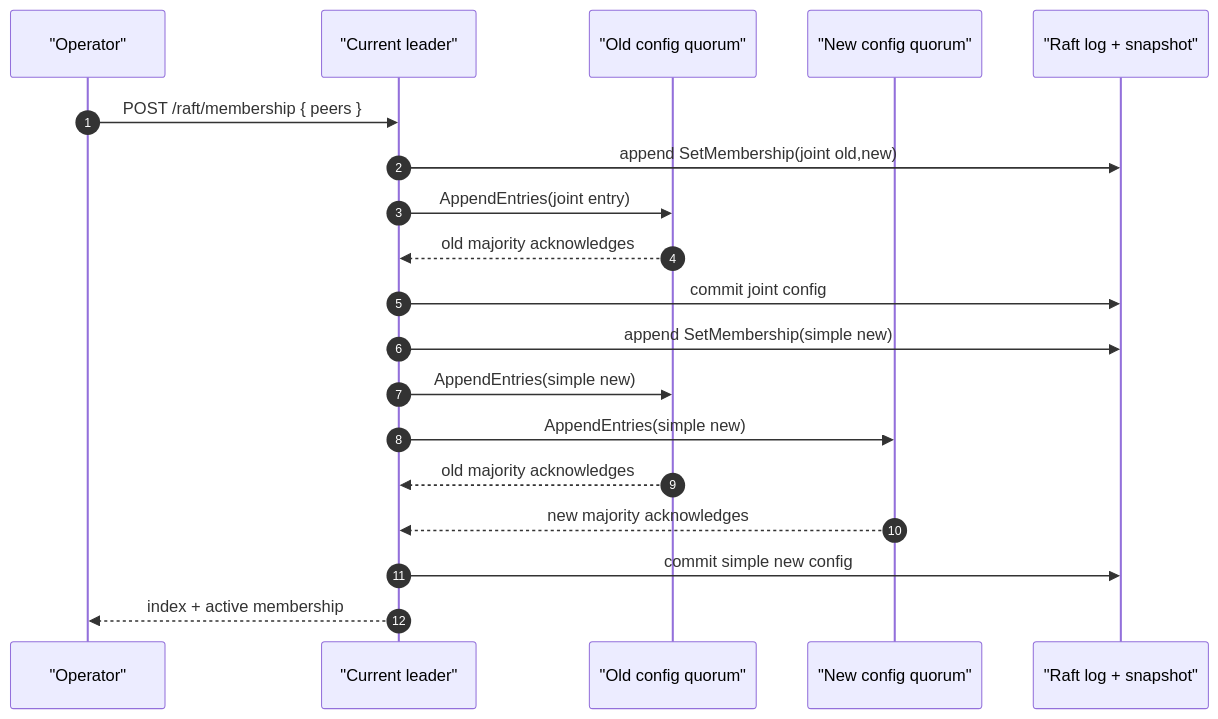
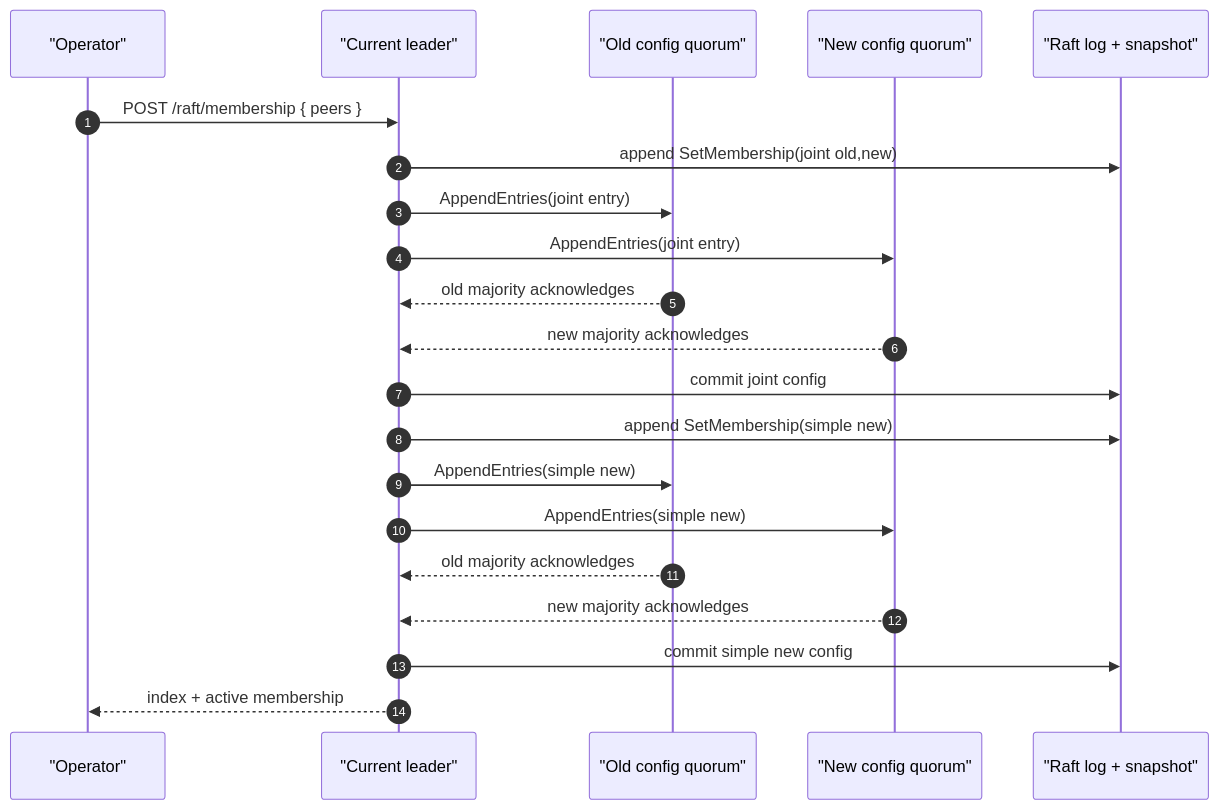
Before and after one commit to ORESoftware/live-mutex-rs: the third of 4 diagrams in docs/raft.md, drawn with Mermaid. The commit also changed other lines of this file and 13 other files, not shown here.

````diff
--- a/docs/raft.md
+++ b/docs/raft.md
@@ -126,22 +359,24 @@
 ```mermaid
 sequenceDiagram
   autonumber
   participant Op as "Operator"
   participant L as "Current leader"
   participant Old as "Old config quorum"
   participant New as "New config quorum"
   participant Disk as "Raft log + snapshot"
 
   Op->>L: POST /raft/membership { peers }
   L->>Disk: append SetMembership(joint old,new)
   L->>Old: AppendEntries(joint entry)
+  L->>New: AppendEntries(joint entry)
   Old-->>L: old majority acknowledges
+  New-->>L: new majority acknowledges
   L->>Disk: commit joint config
   L->>Disk: append SetMembership(simple new)
   L->>Old: AppendEntries(simple new)
   L->>New: AppendEntries(simple new)
   Old-->>L: old majority acknowledges
   New-->>L: new majority acknowledges
   L->>Disk: commit simple new config
   L-->>Op: index + active membership
 ```
````
